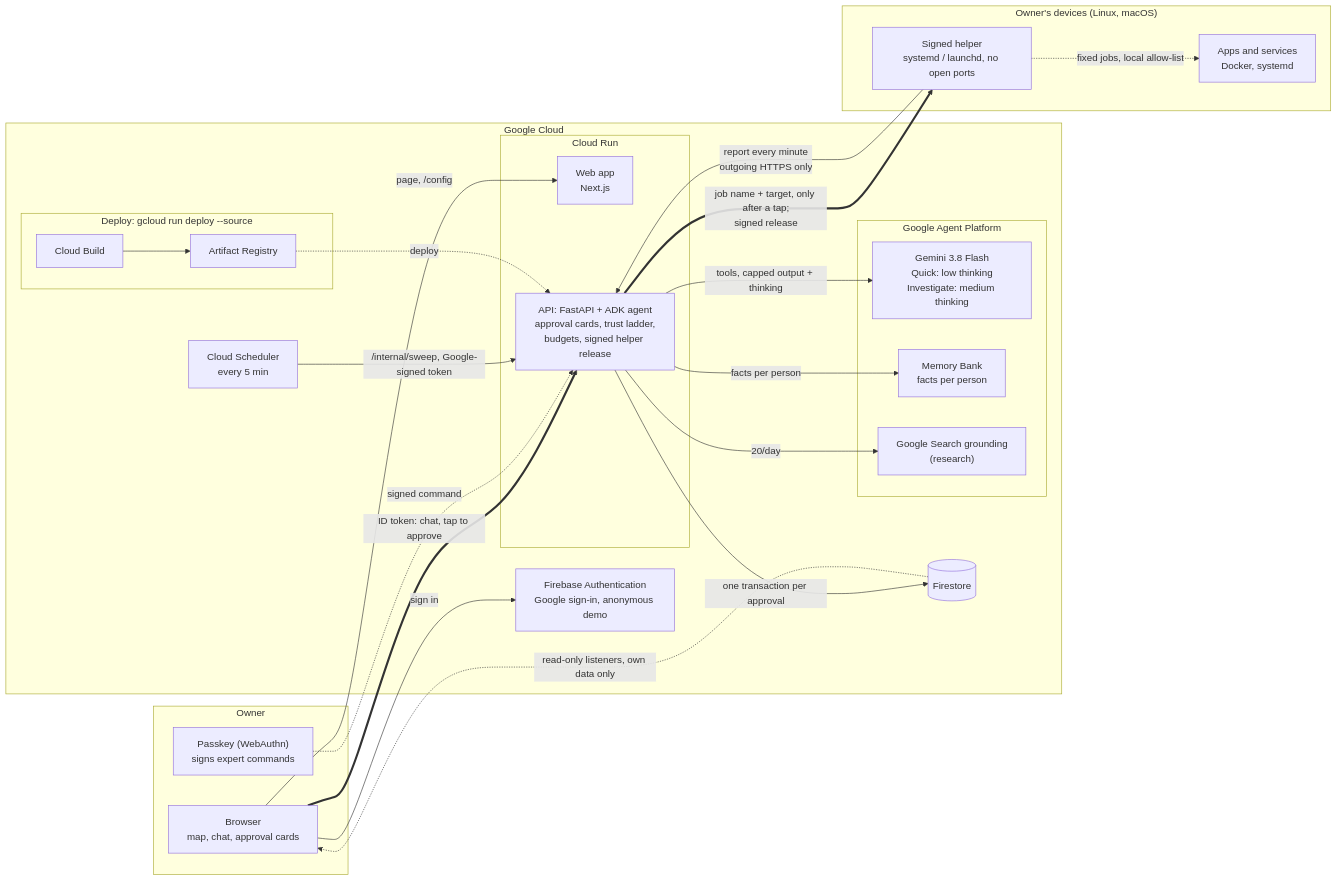
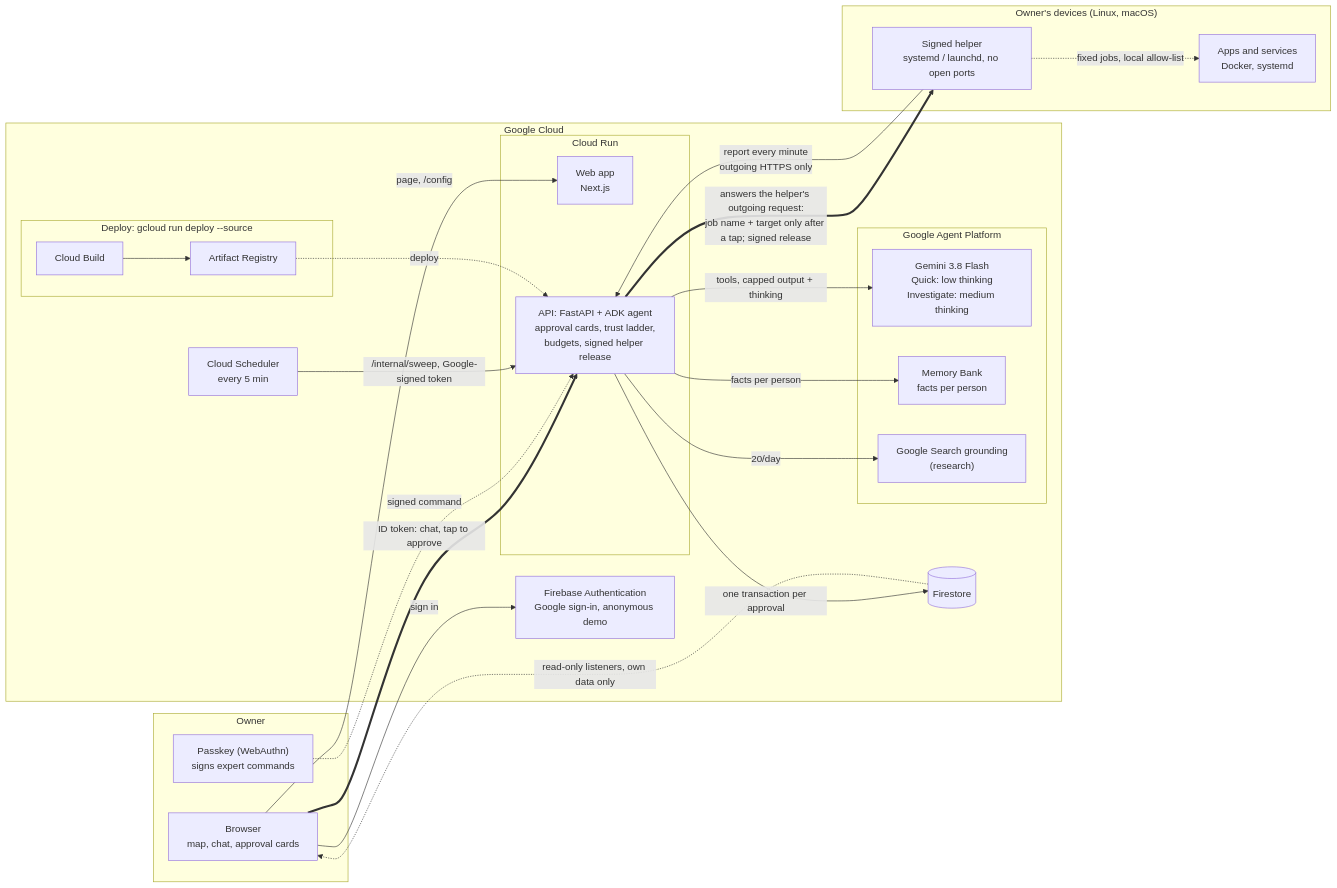
One commit to juanpark/nightlight changed the diagram in README.md. Above: the diagram before and after it, drawn with Mermaid. The commit also changed 3 other files, not shown here.

Commit message:
Diagram: jobs answer the helper's own outgoing request (nothing is pushed in); COSTS lists Cloud Build instead of an unused Secret Manager

````diff
--- a/README.md
+++ b/README.md
@@ -75,42 +75,42 @@
 ```mermaid
 flowchart LR
     subgraph owner["Owner"]
         B["Browser<br/>map, chat, approval cards"]
         PK["Passkey (WebAuthn)<br/>signs expert commands"]
     end
     subgraph gcp["Google Cloud"]
         AUTH["Firebase Authentication<br/>Google sign-in, anonymous demo"]
         subgraph run["Cloud Run"]
             W["Web app<br/>Next.js"]
             A["API: FastAPI + ADK agent<br/>approval cards, trust ladder,<br/>budgets, signed helper release"]
         end
         FS[("Firestore")]
         SCH["Cloud Scheduler<br/>every 5 min"]
         subgraph ap["Google Agent Platform"]
             G["Gemini 3.8 Flash<br/>Quick: low thinking<br/>Investigate: medium thinking"]
             MB["Memory Bank<br/>facts per person"]
             GS["Google Search grounding<br/>(research)"]
         end
         subgraph deploy["Deploy: gcloud run deploy --source"]
             CB["Cloud Build"] --> AR["Artifact Registry"]
         end
     end
     subgraph home["Owner's devices (Linux, macOS)"]
         H["Signed helper<br/>systemd / launchd, no open ports"]
         S["Apps and services<br/>Docker, systemd"]
     end
     B -->|"page, /config"| W
     B -->|"sign in"| AUTH
     B ==>|"ID token: chat, tap to approve"| A
     PK -.->|"signed command"| A
     FS -.->|"read-only listeners, own data only"| B
     A -->|"one transaction per approval"| FS
     A -->|"tools, capped output + thinking"| G
     A -->|"facts per person"| MB
     A -->|"20/day"| GS
     SCH -->|"/internal/sweep, Google-signed token"| A
     AR -.->|"deploy"| A
     H -->|"report every minute<br/>outgoing HTTPS only"| A
-    A ==>|"job name + target, only after a tap;<br/>signed release"| H
+    A ==>|"answers the helper's outgoing request:<br/>job name + target only after a tap; signed release"| H
     H -.->|"fixed jobs, local allow-list"| S
 ```
````
